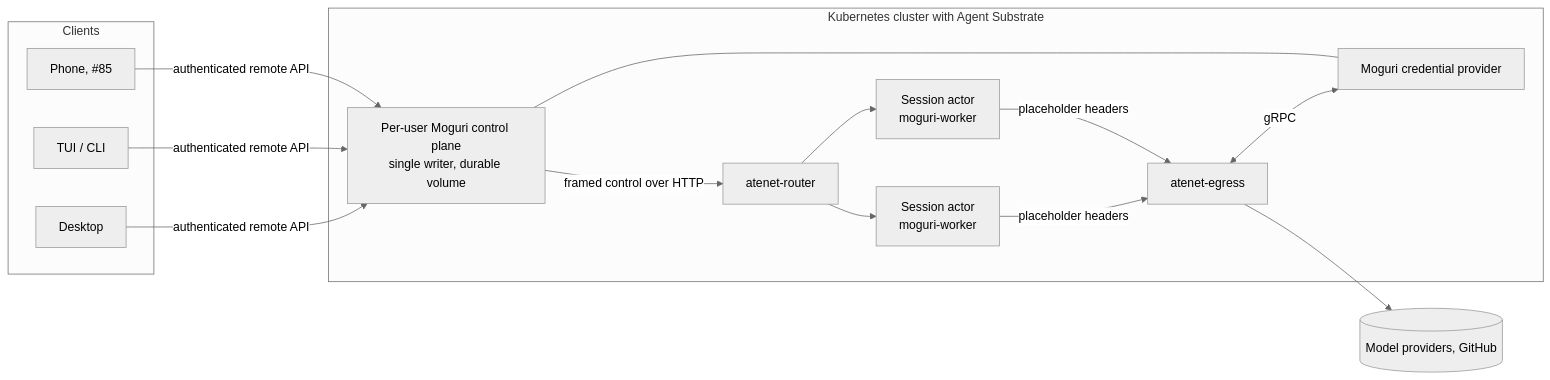
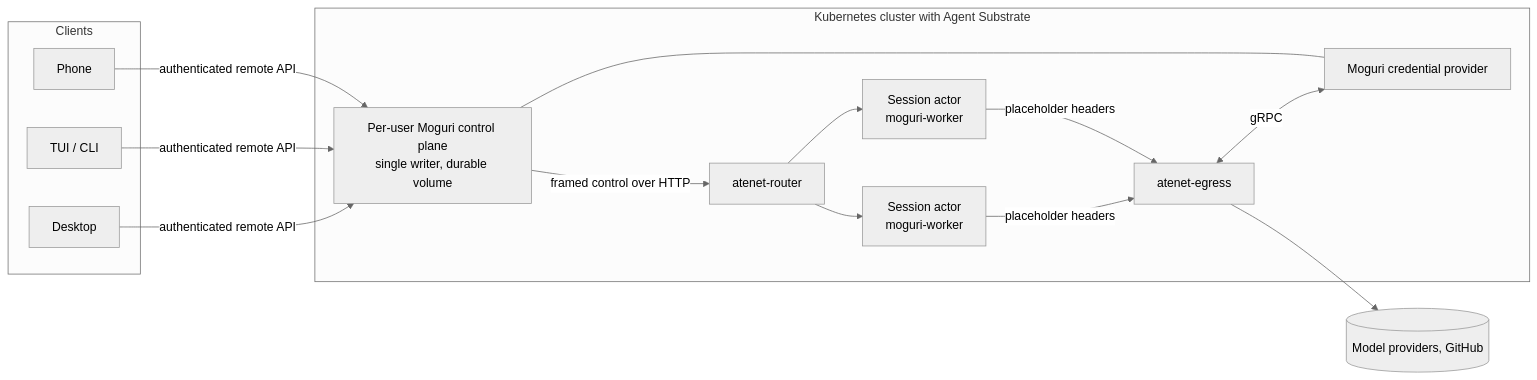
The diagram in docs/architecture/cloud-fleet-substrate.md (moguri-dev/moguri-sdk), drawn with Mermaid (neutral theme) before and after one commit. The commit also changed other lines of this file and 7 other files, not shown here.

First line of the commit message:
Close roadmap #39 and track #93 standalone

````diff
--- a/docs/architecture/cloud-fleet-substrate.md
+++ b/docs/architecture/cloud-fleet-substrate.md
@@ -78,22 +78,22 @@
 ```mermaid
 flowchart LR
   subgraph Clients
     D[Desktop]
     T[TUI / CLI]
-    P[Phone, #85]
+    P[Phone]
   end
   subgraph Cluster[Kubernetes cluster with Agent Substrate]
     CP[Per-user Moguri control plane<br/>single writer, durable volume]
     R[atenet-router]
     W1[Session actor<br/>moguri-worker]
     W2[Session actor<br/>moguri-worker]
     E[atenet-egress]
     CRED[Moguri credential provider]
   end
   D & T & P -->|authenticated remote API| CP
   CP -->|framed control over HTTP| R --> W1 & W2
   W1 & W2 -->|placeholder headers| E
   E <-->|gRPC| CRED
   CRED --- CP
   E --> M[(Model providers, GitHub)]
 ```
````
